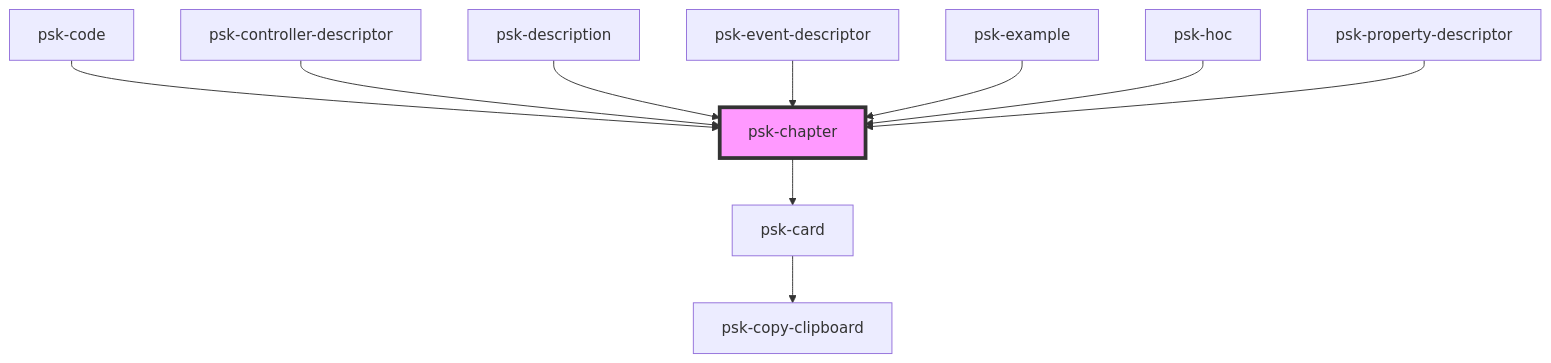
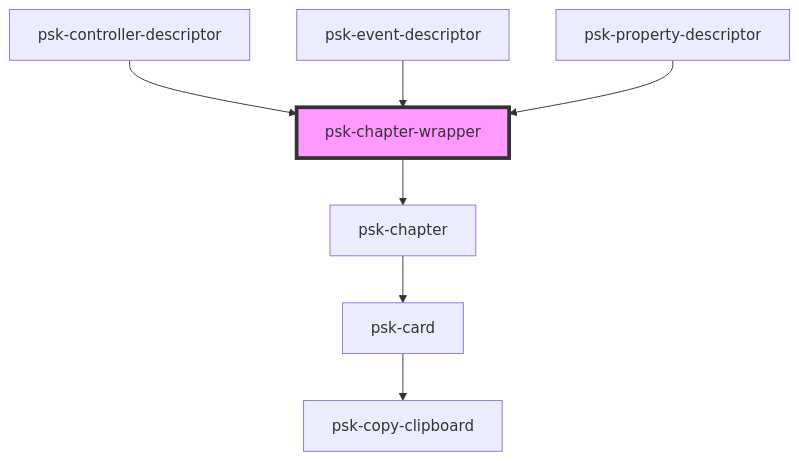
Before and after one commit to daniel-visoiu/cardinal: the diagram in src/components/psk-chapter/readme.md, drawn with Mermaid. The commit also changed other lines of this file and 9 other files, not shown here.

````diff
--- a/src/components/psk-chapter/readme.md
+++ b/src/components/psk-chapter/readme.md
@@ -40,13 +28,10 @@
 ```mermaid
 graph TD;
+  psk-chapter-wrapper --> psk-chapter
   psk-chapter --> psk-card
   psk-card --> psk-copy-clipboard
-  psk-code --> psk-chapter
-  psk-controller-descriptor --> psk-chapter
-  psk-description --> psk-chapter
-  psk-event-descriptor --> psk-chapter
-  psk-example --> psk-chapter
-  psk-hoc --> psk-chapter
-  psk-property-descriptor --> psk-chapter
-  style psk-chapter fill:#f9f,stroke:#333,stroke-width:4px
+  psk-controller-descriptor --> psk-chapter-wrapper
+  psk-event-descriptor --> psk-chapter-wrapper
+  psk-property-descriptor --> psk-chapter-wrapper
+  style psk-chapter-wrapper fill:#f9f,stroke:#333,stroke-width:4px
 ```
````
